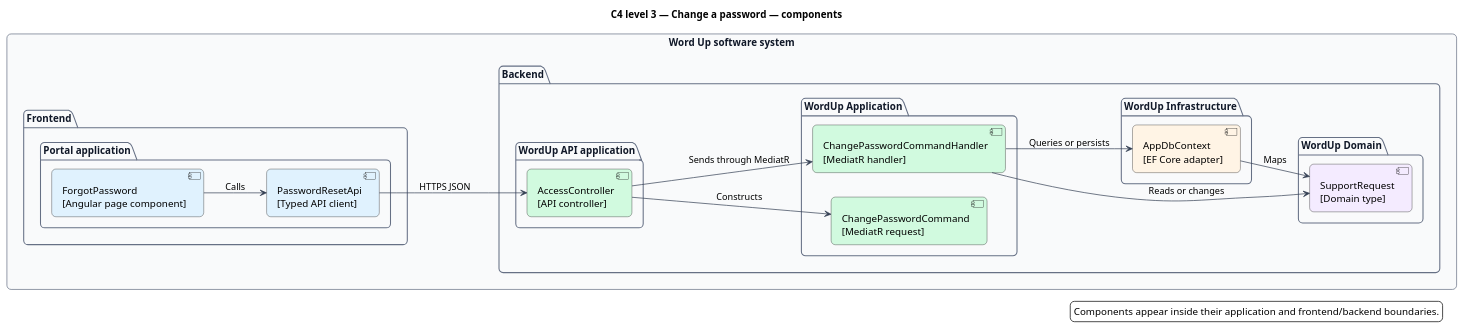
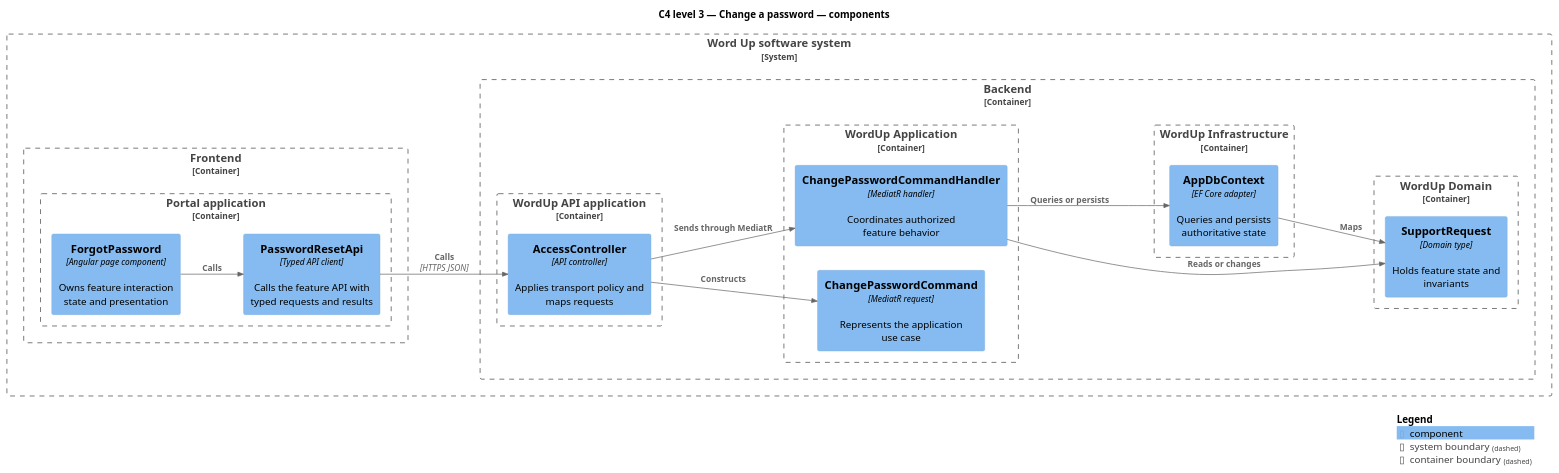
One commit to QuinntyneBrown/waypoint changed the diagram in docs/detailed-designs/platform-services/change-password/diagrams/c4-component.puml. Above: the diagram before and after it, drawn with PlantUML. The commit also changed 1294 other files, not shown here.

```diff
--- a/docs/detailed-designs/platform-services/change-password/diagrams/c4-component.puml
+++ b/docs/detailed-designs/platform-services/change-password/diagrams/c4-component.puml
@@ -1,51 +1,36 @@
 @startuml
-left to right direction
+!include <C4/C4_Component>
+LAYOUT_LEFT_RIGHT()
 title C4 level 3 — Change a password — components
-skinparam backgroundColor #FFFFFF
-skinparam shadowing false
-skinparam roundcorner 12
-skinparam defaultFontName Arial
-skinparam ArrowColor #344054
-skinparam rectangle {
-  BorderColor #344054
-  FontColor #101828
-}
-skinparam package {
-  BorderColor #667085
-  FontColor #101828
-  BackgroundColor #F9FAFB
-}
-rectangle "Word Up software system" as wordup {
-  package "Frontend" {
-    package "Portal application" {
-      component "ForgotPassword\n[Angular page component]" as page #E0F2FE
-      component "PasswordResetApi\n[Typed API client]" as client #E0F2FE
+System_Boundary(wordup, "Word Up software system") {
+  Container_Boundary(frontend, "Frontend") {
+    Container_Boundary(frontend_app, "Portal application") {
+      Component(page, "ForgotPassword", "Angular page component", "Owns feature interaction state and presentation")
+      Component(client, "PasswordResetApi", "Typed API client", "Calls the feature API with typed requests and results")
     }
   }
-  package "Backend" {
-    package "WordUp API application" {
-      component "AccessController\n[API controller]" as controller #D1FADF
+  Container_Boundary(backend, "Backend") {
+    Container_Boundary(api_app, "WordUp API application") {
+      Component(controller, "AccessController", "API controller", "Applies transport policy and maps requests")
     }
-    package "WordUp Application" {
-      component "ChangePasswordCommand\n[MediatR request]" as request #D1FADF
-      component "ChangePasswordCommandHandler\n[MediatR handler]" as handler #D1FADF
+    Container_Boundary(application, "WordUp Application") {
+      Component(request, "ChangePasswordCommand", "MediatR request", "Represents the application use case")
+      Component(handler, "ChangePasswordCommandHandler", "MediatR handler", "Coordinates authorized feature behavior")
     }
-    package "WordUp Domain" {
-      component "SupportRequest\n[Domain type]" as entity #F4EBFF
+    Container_Boundary(domain, "WordUp Domain") {
+      Component(entity, "SupportRequest", "Domain type", "Holds feature state and invariants")
     }
-    package "WordUp Infrastructure" {
-      component "AppDbContext\n[EF Core adapter]" as persistence #FFF4E5
+    Container_Boundary(infrastructure, "WordUp Infrastructure") {
+      Component(persistence, "AppDbContext", "EF Core adapter", "Queries and persists authoritative state")
     }
   }
 }
-page --> client : Calls
-client --> controller : HTTPS JSON
-controller --> request : Constructs
-controller --> handler : Sends through MediatR
-handler --> entity : Reads or changes
-handler --> persistence : Queries or persists
-persistence --> entity : Maps
-legend right
-  Components appear inside their application and frontend/backend boundaries.
-endlegend
+Rel(page, client, "Calls")
+Rel(client, controller, "Calls", "HTTPS JSON")
+Rel(controller, request, "Constructs")
+Rel(controller, handler, "Sends through MediatR")
+Rel(handler, entity, "Reads or changes")
+Rel(handler, persistence, "Queries or persists")
+Rel(persistence, entity, "Maps")
+SHOW_LEGEND()
 @enduml
```
